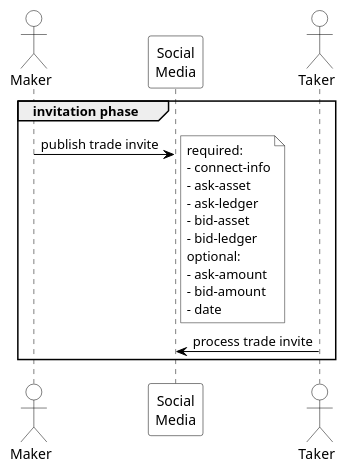
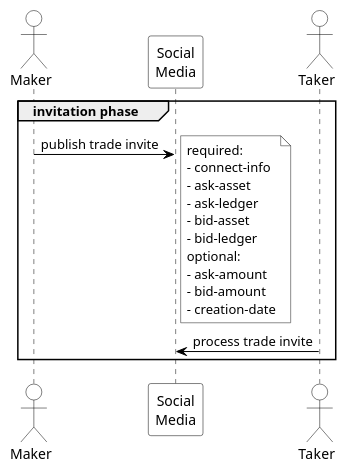
Before and after one commit to comit-network/spikes: the diagram in assets/0017-SequenceDiagram-InvitationPhase.puml, drawn with PlantUML. The commit also changed 3 other files, not shown here.

```diff
--- a/assets/0017-SequenceDiagram-InvitationPhase.puml
+++ b/assets/0017-SequenceDiagram-InvitationPhase.puml
@@ -4,49 +4,49 @@
 @startuml
 ' #################################################
 ' SETTINGS: color settings of diagram
 ' #################################################
 skinparam sequence {
 	BorderColor black
 	ArrowColor black
 	ActorBorderColor black
 	LifeLineBorderColor black
 	LifeLineBackgroundColor white
 	
 	ParticipantBorderColor black
 	ParticipantBackgroundColor white
 	ParticipantFontColor black
 	
 	ActorBackgroundColor white
 	ActorFontColor black
 }
 ' #################################################
 ' ACTORS
 ' #################################################
 actor Maker as M
 participant "Social\nMedia" as I
 actor Taker as T
 
 ' allow parallelism
 !pragma teoz true
 
 ' #################################################
 ' DIAGRAM
 ' #################################################
 group invitation phase
     M->I: publish trade invite
     note right #white
             required:
             - connect-info
             - ask-asset
             - ask-ledger
             - bid-asset
             - bid-ledger
             optional:
             - ask-amount
             - bid-amount
-            - date
+            - creation-date
         end note
     T->I: process trade invite
 end
 
 @enduml
```
